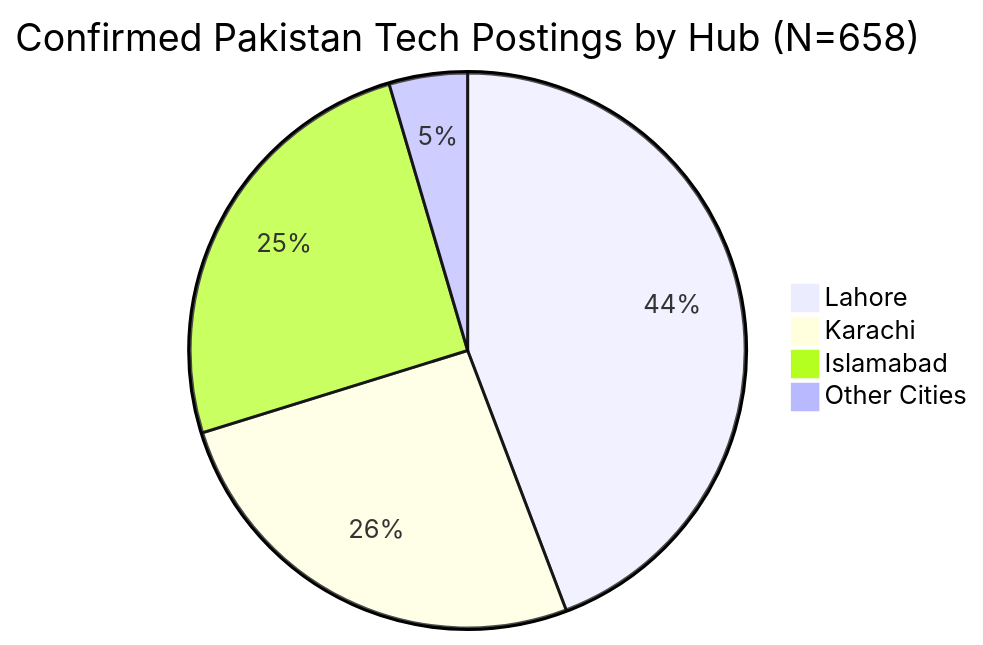
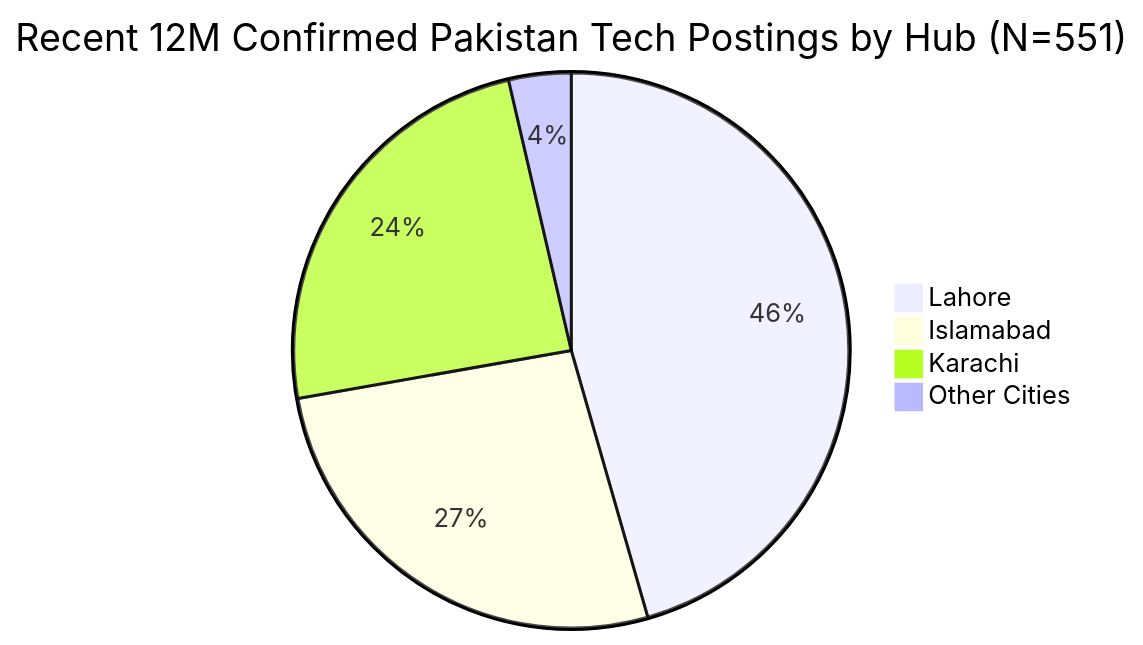
Before and after one commit to Awaisbacha55/hiretrends-pakistan-job-market: the diagram in reports/PAKISTAN_TECH_JOB_MARKET_INSIGHTS.md, drawn with Mermaid. The commit also changed other lines of this file and 30 other files, not shown here.

````diff
--- a/reports/PAKISTAN_TECH_JOB_MARKET_INSIGHTS.md
+++ b/reports/PAKISTAN_TECH_JOB_MARKET_INSIGHTS.md
@@ -85,7 +85,7 @@
 ```mermaid
-pie title Confirmed Pakistan Tech Postings by Hub (N=658)
-    "Lahore" : 291
-    "Karachi" : 171
-    "Islamabad" : 166
-    "Other Cities" : 30
+pie title Recent 12M Confirmed Pakistan Tech Postings by Hub (N=551)
+    "Lahore" : 251
+    "Islamabad" : 147
+    "Karachi" : 133
+    "Other Cities" : 20
 ```
````
